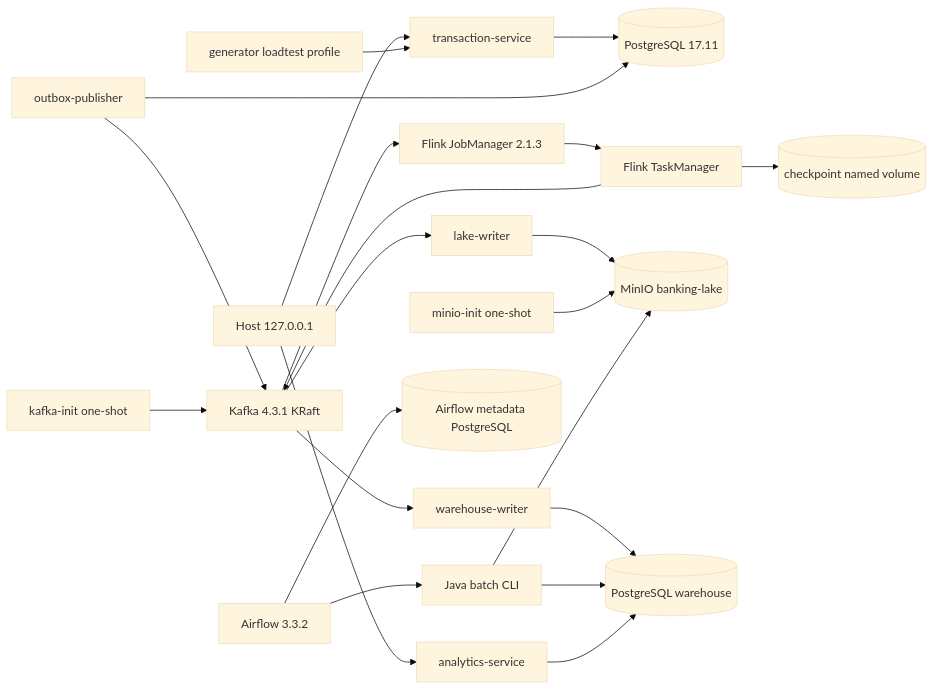
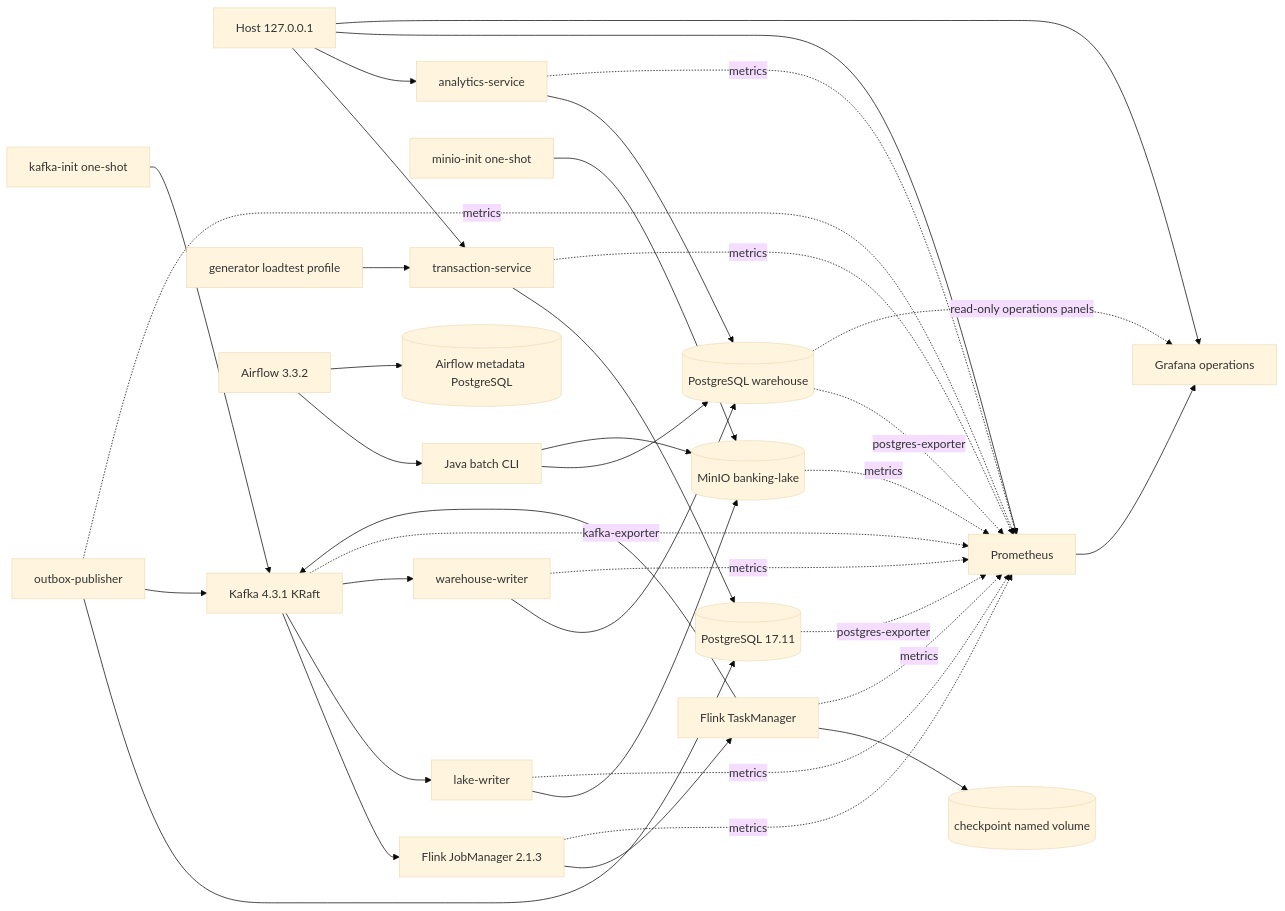
One commit to hquan07/java-banking-data-platform changed the third of 3 diagrams in docs/architecture.md. Above: the diagram before and after it, drawn with Mermaid (base theme). The commit also changed other lines of this file and 28 other files, not shown here.

````diff
--- a/docs/architecture.md
+++ b/docs/architecture.md
@@ -73,24 +74,39 @@
 ```mermaid
 flowchart LR
     HOST[Host 127.0.0.1] --> API[transaction-service]
     API --> PG[(PostgreSQL 17.11)]
     PUB[outbox-publisher] --> PG
     PUB --> K[Kafka 4.3.1 KRaft]
     INIT[kafka-init one-shot] --> K
     GEN[generator loadtest profile] --> API
     K --> JM[Flink JobManager 2.1.3]
     JM --> TM[Flink TaskManager]
     TM --> K
     TM --> CP[(checkpoint named volume)]
     K --> LW[lake-writer]
     LW --> M[(MinIO banking-lake)]
     MI[minio-init one-shot] --> M
     K --> WW[warehouse-writer]
     WW --> WH[(PostgreSQL warehouse)]
     AF[Airflow 3.3.2] --> BP[Java batch CLI]
     AF --> ADB[(Airflow metadata PostgreSQL)]
     BP --> WH
     BP --> M
     HOST --> AN[analytics-service]
     AN --> WH
+    API -. metrics .-> PROM[Prometheus]
+    PUB -. metrics .-> PROM
+    JM -. metrics .-> PROM
+    TM -. metrics .-> PROM
+    LW -. metrics .-> PROM
+    WW -. metrics .-> PROM
+    AN -. metrics .-> PROM
+    K -. kafka-exporter .-> PROM
+    PG -. postgres-exporter .-> PROM
+    WH -. postgres-exporter .-> PROM
+    M -. metrics .-> PROM
+    PROM --> GRAF[Grafana operations]
+    WH -. read-only operations panels .-> GRAF
+    HOST --> PROM
+    HOST --> GRAF
 ```
````
